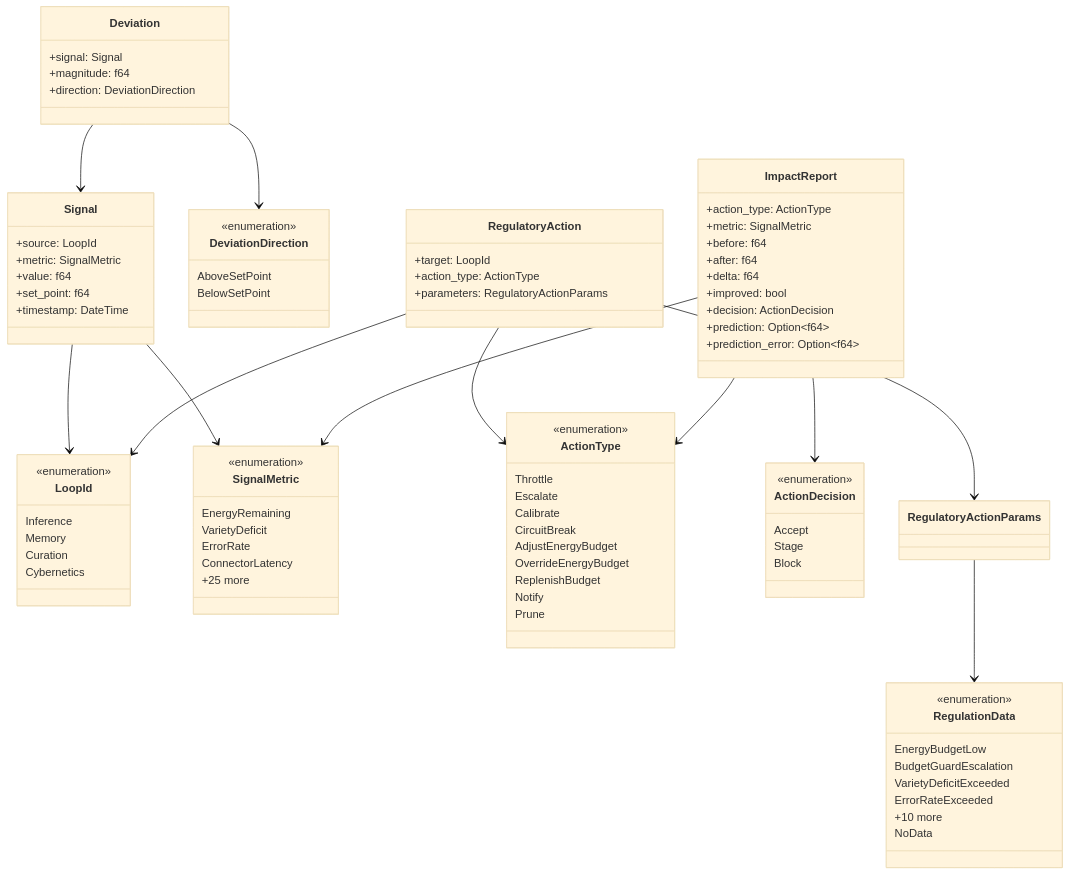
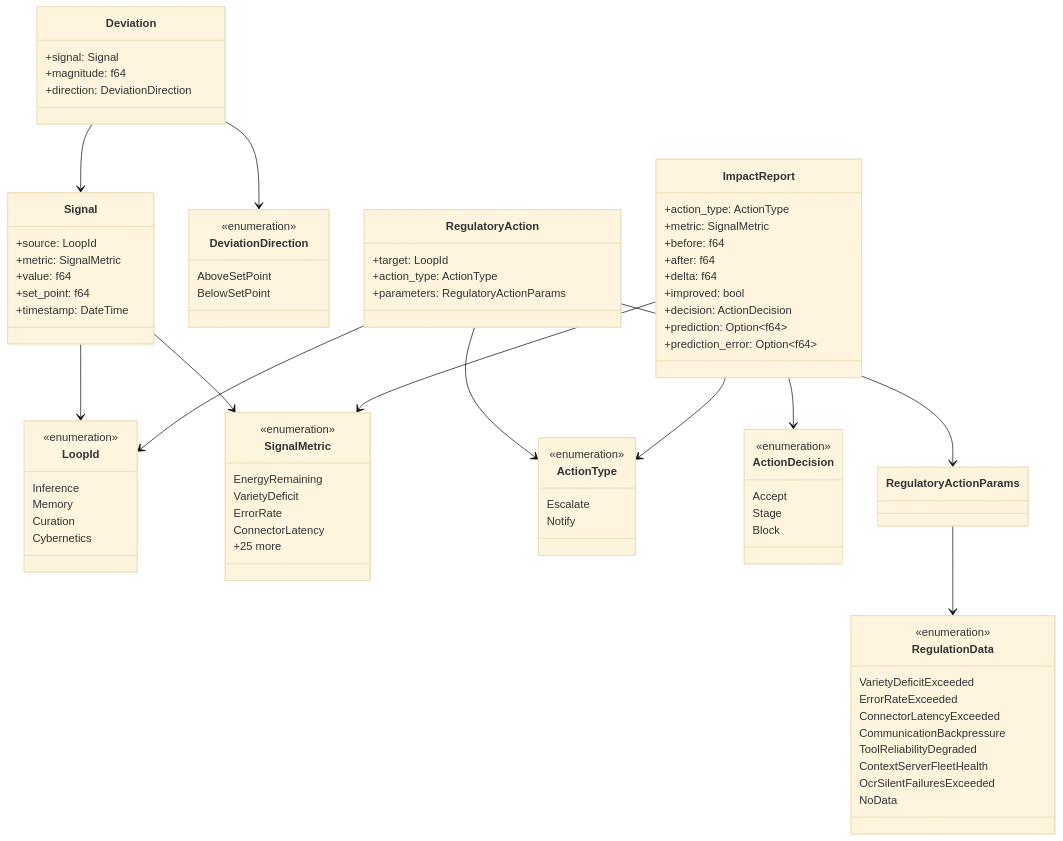
Before and after one commit to mdz-axo/zed-kask: the second of 2 diagrams in kask/docs/diataxis/hkask-regulation/reference.md, drawn with Mermaid (base theme). The commit also changed other lines of this file and 30 other files, not shown here.

```diff
--- a/kask/docs/diataxis/hkask-regulation/reference.md
+++ b/kask/docs/diataxis/hkask-regulation/reference.md
@@ -268,23 +268,18 @@
     }
     class ActionType {
         <<enumeration>>
-        Throttle
         Escalate
-        Calibrate
-        CircuitBreak
-        AdjustEnergyBudget
-        OverrideEnergyBudget
-        ReplenishBudget
         Notify
-        Prune
     }
     class RegulationData {
         <<enumeration>>
-        EnergyBudgetLow
-        BudgetGuardEscalation
         VarietyDeficitExceeded
         ErrorRateExceeded
-        +10 more
+        ConnectorLatencyExceeded
+        CommunicationBackpressure
+        ToolReliabilityDegraded
+        ContextServerFleetHealth
+        OcrSilentFailuresExceeded
         NoData
     }
     class ImpactReport {
```
